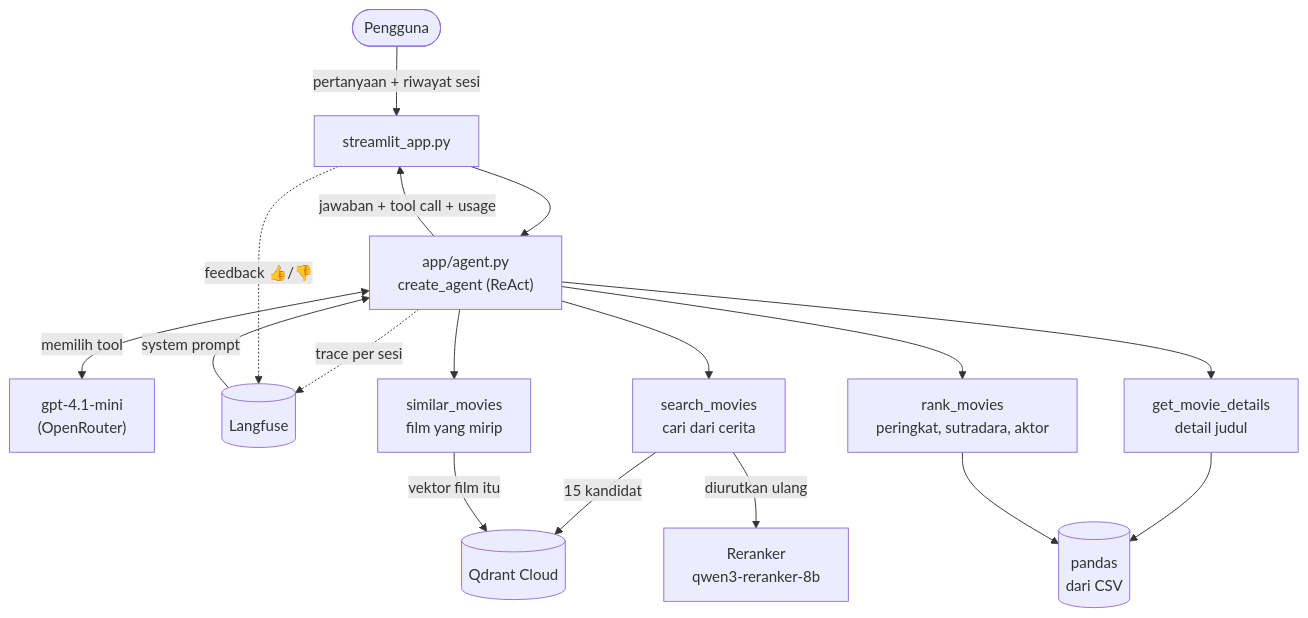
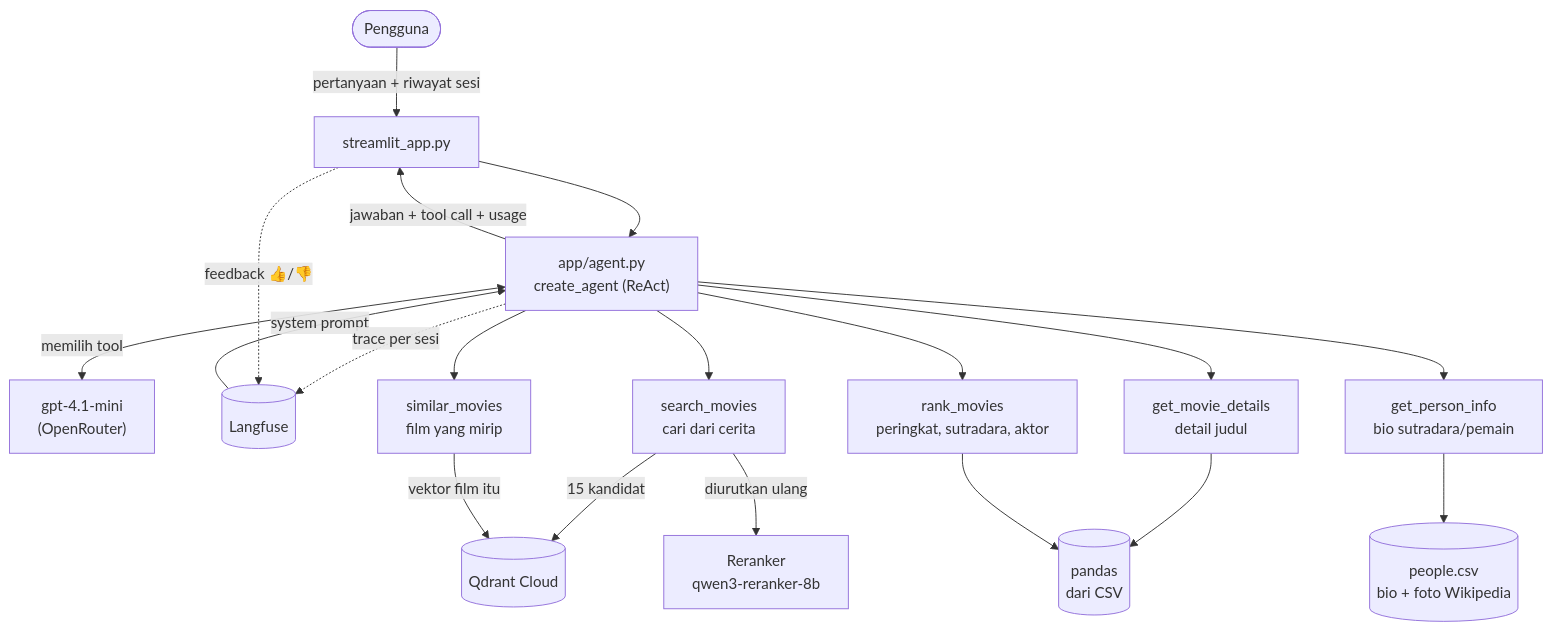
One commit to reinerrekado/purwadhika-capstone-3 changed the second of 2 diagrams in README.md. Above: the diagram before and after it, drawn with Mermaid. The commit also changed other lines of this file and 9 other files, not shown here.

Commit message:
feat: tool get_person_info dan panel orang (bio Wikipedia, foto, film), set uji 17 pertanyaan (K71)

````diff
--- a/README.md
+++ b/README.md
@@ -39,19 +40,21 @@
 ```mermaid
 flowchart TD
     U(["Pengguna"]) -->|pertanyaan + riwayat sesi| UI["streamlit_app.py"]
     UI --> AG["app/agent.py<br/>create_agent (ReAct)"]
     AG -->|jawaban + tool call + usage| UI
     AG <-->|memilih tool| LLM["gpt-4.1-mini<br/>(OpenRouter)"]
     LF[("Langfuse")] -->|system prompt| AG
     AG -.->|trace per sesi| LF
     UI -.->|feedback 👍/👎| LF
     AG --> T1["search_movies<br/>cari dari cerita"]
     AG --> T2["similar_movies<br/>film yang mirip"]
     AG --> T3["get_movie_details<br/>detail judul"]
     AG --> T4["rank_movies<br/>peringkat, sutradara, aktor"]
+    AG --> T5["get_person_info<br/>bio sutradara/pemain"]
     T1 -->|15 kandidat| QD[("Qdrant Cloud")]
     T1 -->|diurutkan ulang| RR["Reranker<br/>qwen3-reranker-8b"]
     T2 -->|vektor film itu| QD
     T3 --> DF[("pandas<br/>dari CSV")]
     T4 --> DF
+    T5 --> PP[("people.csv<br/>bio + foto Wikipedia")]
 ```
````
